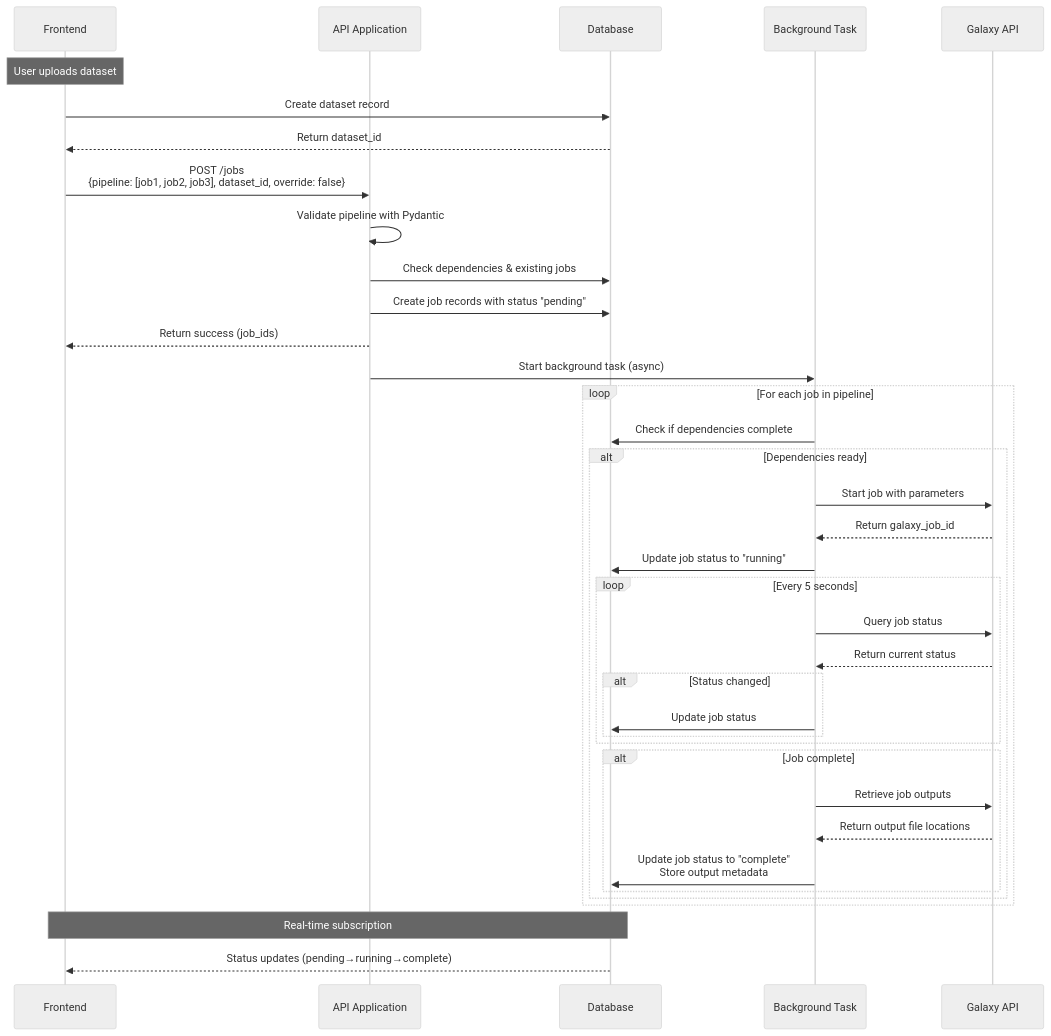
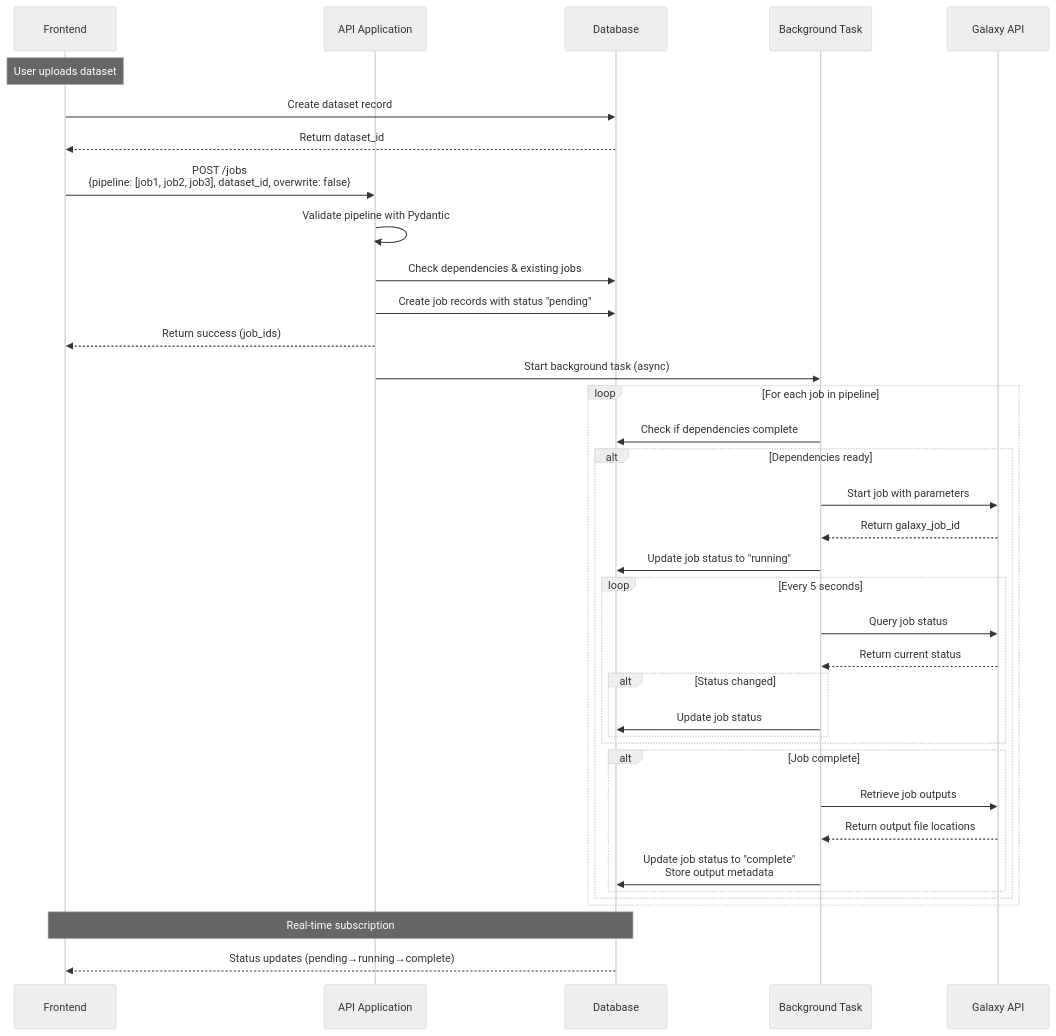
Before and after one commit to 3dTrees-earth/3dtrees-api: the diagram in README.md, drawn with Mermaid (neutral theme).

Commit message:
Update README.md
changed job object field from "override" -> "overwrite"

````diff
--- a/README.md
+++ b/README.md
@@ -25,46 +25,46 @@
 ```mermaid
 sequenceDiagram
     participant FE as Frontend
     participant API as API Application
     participant DB as Database
     participant BG as Background Task
     participant Galaxy as Galaxy API
 
     Note over FE: User uploads dataset
     FE->>DB: Create dataset record
     DB-->>FE: Return dataset_id
 
-    FE->>API: POST /jobs<br/>{pipeline: [job1, job2, job3], dataset_id, override: false}
+    FE->>API: POST /jobs<br/>{pipeline: [job1, job2, job3], dataset_id, overwrite: false}
     API->>API: Validate pipeline with Pydantic
     API->>DB: Check dependencies & existing jobs
     API->>DB: Create job records with status "pending"
     API-->>FE: Return success (job_ids)
 
     API->>BG: Start background task (async)
 
     loop For each job in pipeline
         BG->>DB: Check if dependencies complete
         alt Dependencies ready
             BG->>Galaxy: Start job with parameters
             Galaxy-->>BG: Return galaxy_job_id
             BG->>DB: Update job status to "running"
 
             loop Every 5 seconds
                 BG->>Galaxy: Query job status
                 Galaxy-->>BG: Return current status
                 alt Status changed
                     BG->>DB: Update job status
                 end
             end
 
             alt Job complete
                 BG->>Galaxy: Retrieve job outputs
                 Galaxy-->>BG: Return output file locations
                 BG->>DB: Update job status to "complete"<br/>Store output metadata
             end
         end
     end
 
     Note over DB,FE: Real-time subscription
     DB-->>FE: Status updates (pending→running→complete)
 ```
````
